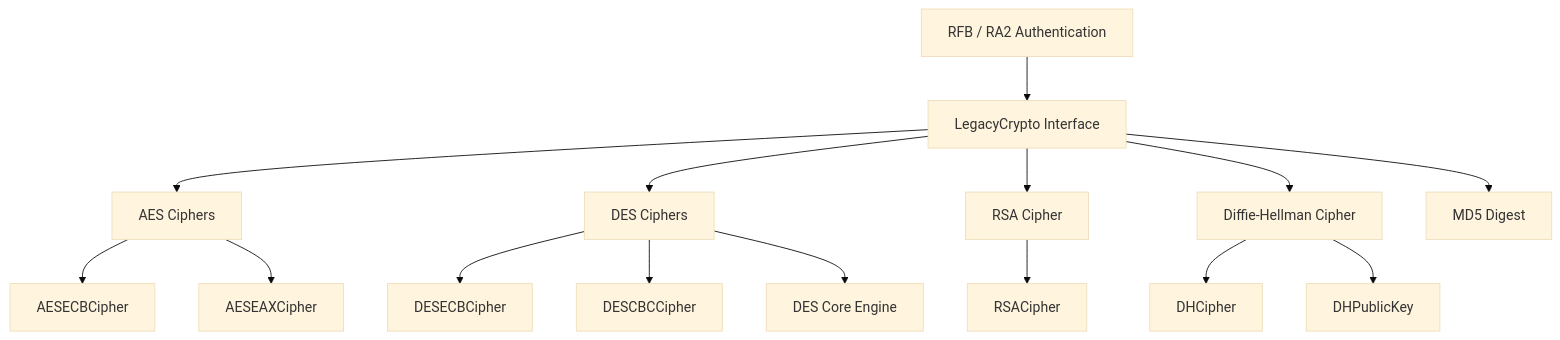
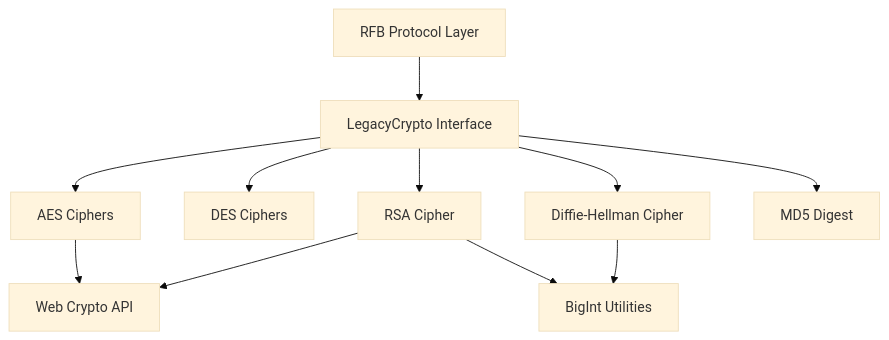
One commit to Ylianst/MeshCentral changed the diagram in docs/diagrams/architecture/crypto-components.mmd. Above: the diagram before and after it, drawn with Mermaid (base theme). The commit also changed 642 other files, not shown here.

```diff
--- a/docs/diagrams/architecture/crypto-components.mmd
+++ b/docs/diagrams/architecture/crypto-components.mmd
@@ -1,19 +1,13 @@
 flowchart TD
-    AppLayer["RFB / RA2 Authentication"] --> LegacyCrypto["LegacyCrypto Interface"]
+    RFB["RFB Protocol Layer"] --> Legacy["LegacyCrypto Interface"]
 
-    LegacyCrypto --> AES["AES Ciphers"]
-    LegacyCrypto --> DES["DES Ciphers"]
-    LegacyCrypto --> RSA["RSA Cipher"]
-    LegacyCrypto --> DH["Diffie-Hellman Cipher"]
-    LegacyCrypto --> MD5["MD5 Digest"]
+    Legacy --> AES["AES Ciphers"]
+    Legacy --> DES["DES Ciphers"]
+    Legacy --> RSA["RSA Cipher"]
+    Legacy --> DH["Diffie-Hellman Cipher"]
+    Legacy --> MD5["MD5 Digest"]
 
-    AES --> AESECB["AESECBCipher"]
-    AES --> AESEAX["AESEAXCipher"]
-
-    DES --> DESECB["DESECBCipher"]
-    DES --> DESCBC["DESCBCCipher"]
-    DES --> DESCore["DES Core Engine"]
-
-    RSA --> RSACipherNode["RSACipher"]
-    DH --> DHCipherNode["DHCipher"]
-    DH --> DHPublicKeyNode["DHPublicKey"]
+    AES --> Subtle["Web Crypto API"]
+    RSA --> Subtle
+    DH --> BigInt["BigInt Utilities"]
+    RSA --> BigInt
```
